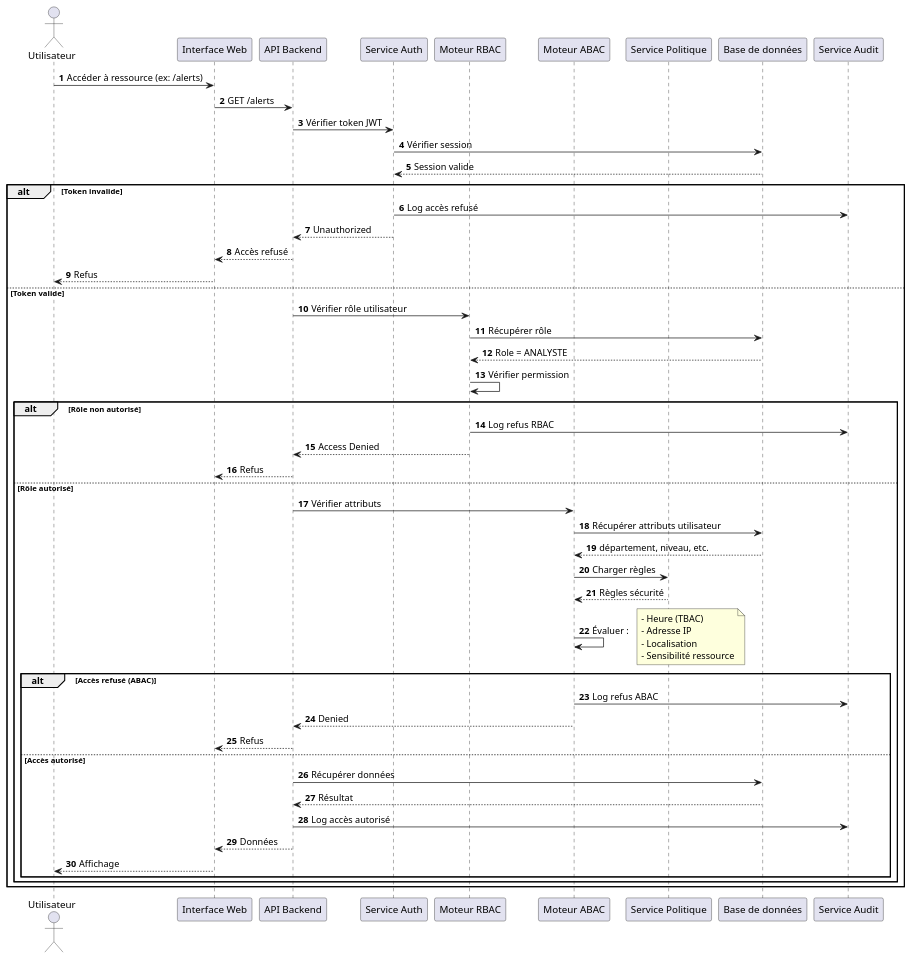
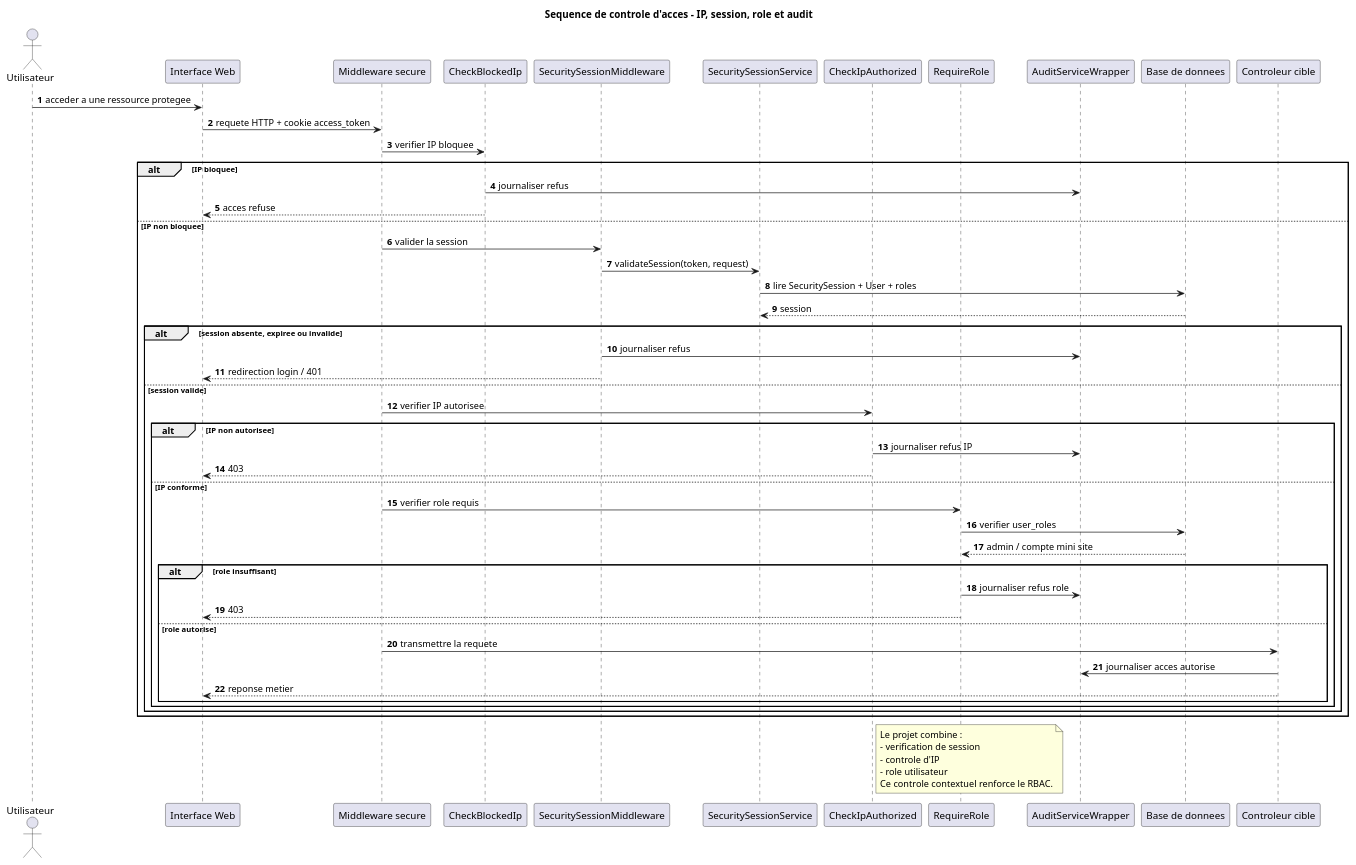
One commit to Adolphe51/Projet-definitif-de-soutenance changed the diagram in public/UML/sequence/sequence-RBAC-ABAC.puml. Above: the diagram before and after it, drawn with PlantUML. The commit also changed 281 other files, not shown here.

```diff
--- a/public/UML/sequence/sequence-RBAC-ABAC.puml
+++ b/public/UML/sequence/sequence-RBAC-ABAC.puml
@@ -1,87 +1,64 @@
-@startuml
+@startuml CyberGuardSequenceControleAcces
 autonumber
+title Sequence de controle d'acces - IP, session, role et audit
+
 actor "Utilisateur" as User
 participant "Interface Web" as UI
-participant "API Backend" as API
-participant "Service Auth" as Auth
-participant "Moteur RBAC" as RBAC
-participant "Moteur ABAC" as ABAC
-participant "Service Politique" as Policy
-participant "Base de données" as DB
-participant "Service Audit" as Audit
+participant "Middleware secure" as Secure
+participant "CheckBlockedIp" as BlockedMW
+participant "SecuritySessionMiddleware" as SessionMW
+participant "SecuritySessionService" as SessionService
+participant "CheckIpAuthorized" as IpMW
+participant "RequireRole" as RoleMW
+participant "AuditServiceWrapper" as Audit
+participant "Base de donnees" as DB
+participant "Controleur cible" as Controller
 
-' ==============================
-' DEMANDE D’ACCÈS À UNE RESSOURCE
-' ==============================
-User -> UI : Accéder à ressource (ex: /alerts)
-UI -> API : GET /alerts
+User -> UI : acceder a une ressource protegee
+UI -> Secure : requete HTTP + cookie access_token
 
-' ==============================
-' AUTHENTIFICATION
-' ==============================
-API -> Auth : Vérifier token JWT
-Auth -> DB : Vérifier session
-DB --> Auth : Session valide
+Secure -> BlockedMW : verifier IP bloquee
+alt IP bloquee
+  BlockedMW -> Audit : journaliser refus
+  BlockedMW --> UI : acces refuse
+else IP non bloquee
+  Secure -> SessionMW : valider la session
+  SessionMW -> SessionService : validateSession(token, request)
+  SessionService -> DB : lire SecuritySession + User + roles
+  DB --> SessionService : session
 
-alt Token invalide
-    Auth -> Audit : Log accès refusé
-    Auth --> API : Unauthorized
-    API --> UI : Accès refusé
-    UI --> User : Refus
-else Token valide
+  alt session absente, expiree ou invalide
+    SessionMW -> Audit : journaliser refus
+    SessionMW --> UI : redirection login / 401
+  else session valide
+    Secure -> IpMW : verifier IP autorisee
 
-    ' ==============================
-    ' RBAC (ROLE BASED)
-    ' ==============================
-    API -> RBAC : Vérifier rôle utilisateur
-    RBAC -> DB : Récupérer rôle
-    DB --> RBAC : Role = ANALYSTE
+    alt IP non autorisee
+      IpMW -> Audit : journaliser refus IP
+      IpMW --> UI : 403
+    else IP conforme
+      Secure -> RoleMW : verifier role requis
+      RoleMW -> DB : verifier user_roles
+      DB --> RoleMW : admin / compte mini site
 
-    RBAC -> RBAC : Vérifier permission
-
-    alt Rôle non autorisé
-        RBAC -> Audit : Log refus RBAC
-        RBAC --> API : Access Denied
-        API --> UI : Refus
-    else Rôle autorisé
-
-        ' ==============================
-        ' ABAC (ATTRIBUTE BASED)
-        ' ==============================
-        API -> ABAC : Vérifier attributs
-
-        ABAC -> DB : Récupérer attributs utilisateur
-        DB --> ABAC : département, niveau, etc.
-
-        ABAC -> Policy : Charger règles
-        Policy --> ABAC : Règles sécurité
-
-        ABAC -> ABAC : Évaluer :
-        note right
-          - Heure (TBAC)
-          - Adresse IP
-          - Localisation
-          - Sensibilité ressource
-        end note
-
-        alt Accès refusé (ABAC)
-            ABAC -> Audit : Log refus ABAC
-            ABAC --> API : Denied
-            API --> UI : Refus
-        else Accès autorisé
-
-            ' ==============================
-            ' ACCÈS ACCORDÉ
-            ' ==============================
-            API -> DB : Récupérer données
-            DB --> API : Résultat
-
-            API -> Audit : Log accès autorisé
-
-            API --> UI : Données
-            UI --> User : Affichage
-        end
+      alt role insuffisant
+        RoleMW -> Audit : journaliser refus role
+        RoleMW --> UI : 403
+      else role autorise
+        Secure -> Controller : transmettre la requete
+        Controller -> Audit : journaliser acces autorise
+        Controller --> UI : reponse metier
+      end
     end
+  end
 end
 
+note right of IpMW
+  Le projet combine :
+  - verification de session
+  - controle d'IP
+  - role utilisateur
+  Ce controle contextuel renforce le RBAC.
+end note
+
 @enduml
```
